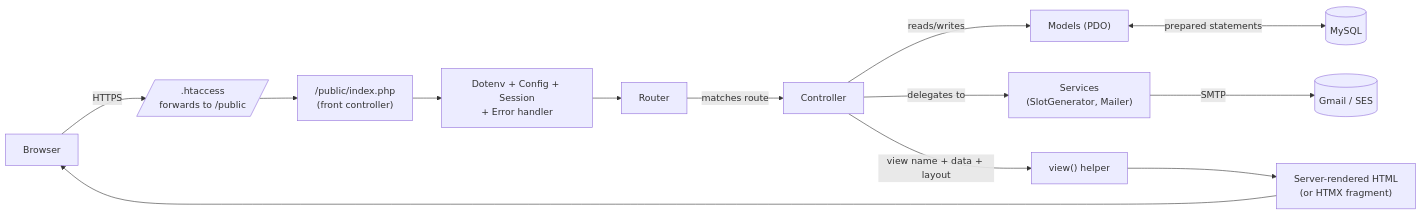
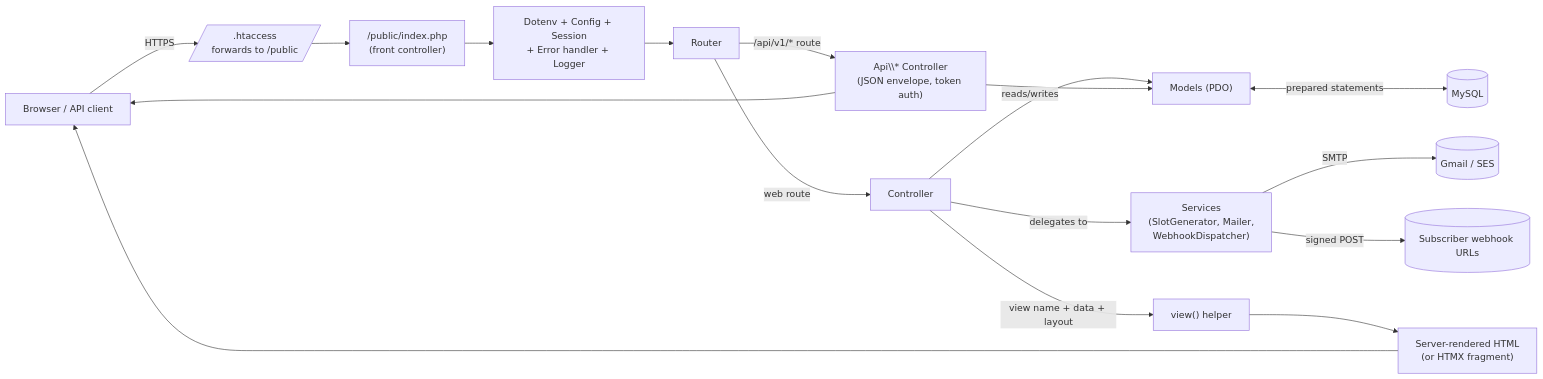
One commit to KristianWorks/slate changed the diagram in README.md. Above: the diagram before and after it, drawn with Mermaid. The commit also changed other lines of this file and 17 other files, not shown here.

````diff
--- a/README.md
+++ b/README.md
@@ -46,15 +71,19 @@
 ```mermaid
 flowchart LR
-    A[Browser] -->|HTTPS| B[/.htaccess<br/>forwards to /public/]
+    A[Browser / API client] -->|HTTPS| B[/.htaccess<br/>forwards to /public/]
     B --> C["/public/index.php<br/>(front controller)"]
-    C --> D[Dotenv + Config + Session<br/>+ Error handler]
+    C --> D[Dotenv + Config + Session<br/>+ Error handler + Logger]
     D --> E[Router]
-    E -->|matches route| F[Controller]
+    E -->|web route| F[Controller]
+    E -->|/api/v1/* route| F2["Api\\* Controller<br/>(JSON envelope, token auth)"]
     F -->|reads/writes| G["Models (PDO)"]
-    F -->|delegates to| H["Services<br/>(SlotGenerator, Mailer)"]
+    F2 --> G
+    F -->|delegates to| H["Services<br/>(SlotGenerator, Mailer,<br/>WebhookDispatcher)"]
     G <-->|prepared statements| I[(MySQL)]
     H -->|SMTP| J[(Gmail / SES)]
-    F -->|view name + data + layout| K["view() helper"]
-    K --> L["Server-rendered HTML<br/>(or HTMX fragment)"]
-    L --> A
+    H -->|signed POST| K[(Subscriber webhook URLs)]
+    F -->|view name + data + layout| L["view() helper"]
+    L --> M["Server-rendered HTML<br/>(or HTMX fragment)"]
+    M --> A
+    F2 --> A
 ```
````
